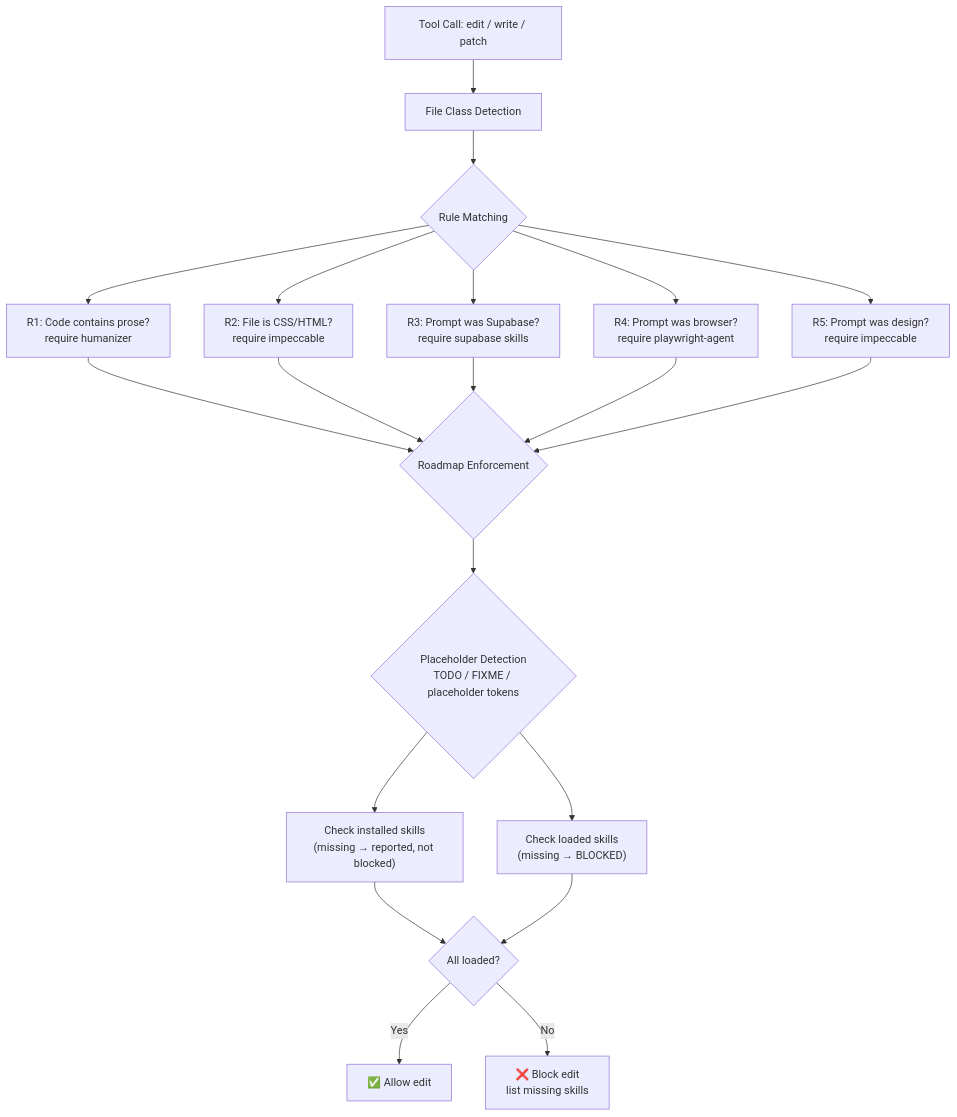
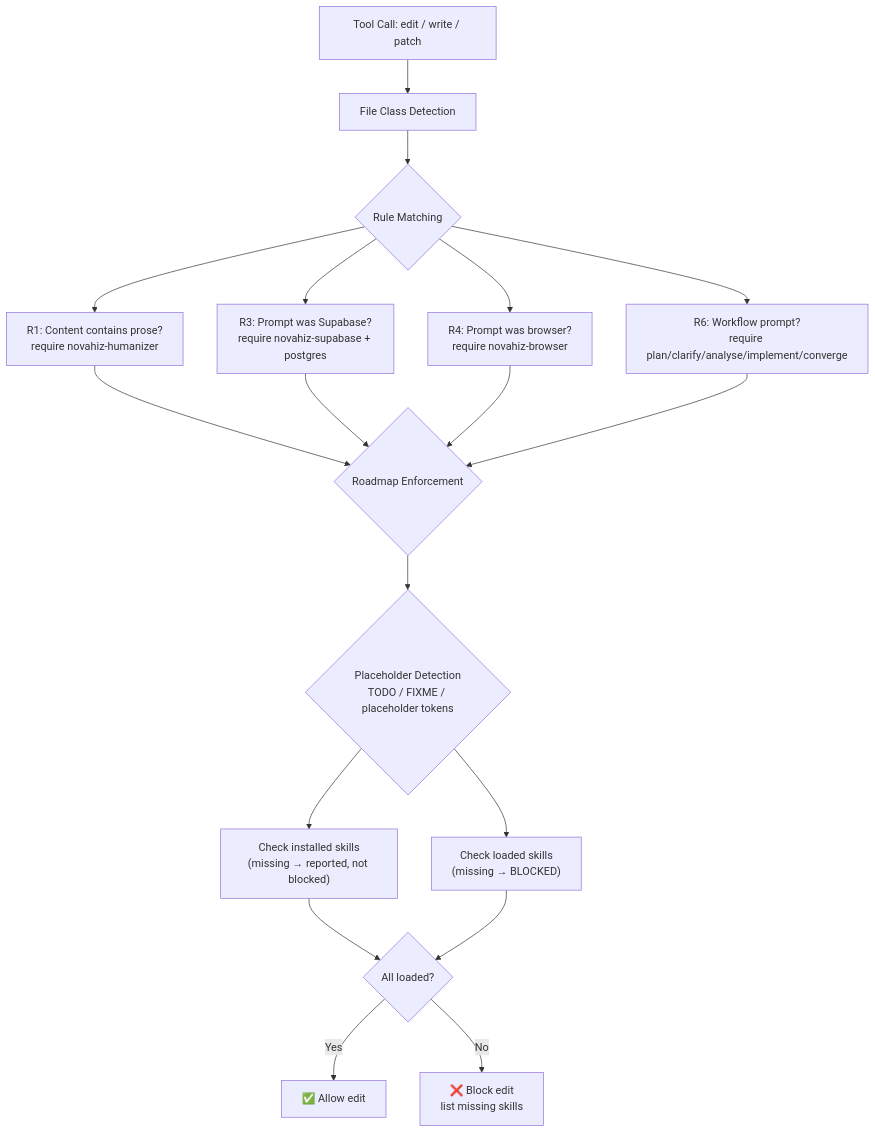
The second of 4 diagrams in README.md (novahiz/novahiz), drawn with Mermaid before and after one commit. The commit also changed other lines of this file and 709 other files, not shown here.

````diff
--- a/README.md
+++ b/README.md
@@ -119,28 +119,26 @@
 ```mermaid
 flowchart TD
     A[Tool Call: edit / write / patch] --> B[File Class Detection]
     B --> C{Rule Matching}
     
-    C --> D[R1: Code contains prose?<br/>require humanizer]
-    C --> E[R2: File is CSS/HTML?<br/>require impeccable]
-    C --> F[R3: Prompt was Supabase?<br/>require supabase skills]
-    C --> G[R4: Prompt was browser?<br/>require playwright-agent]
-    C --> H[R5: Prompt was design?<br/>require impeccable]
+    C --> D[R1: Content contains prose?<br/>require novahiz-humanizer]
+    C --> F[R3: Prompt was Supabase?<br/>require novahiz-supabase + postgres]
+    C --> G[R4: Prompt was browser?<br/>require novahiz-browser]
+    C --> H[R6: Workflow prompt?<br/>require plan/clarify/analyse/implement/converge]
     
     D --> I{Roadmap Enforcement}
-    E --> I
     F --> I
     G --> I
     H --> I
     
     I --> J{Placeholder Detection<br/>TODO / FIXME / placeholder tokens}
     
     J --> K["Check installed skills<br/>(missing → reported, not blocked)"]
     J --> L["Check loaded skills<br/>(missing → BLOCKED)"]
     
     K --> M{All loaded?}
     L --> M
     
     M -->|Yes| N[✅ Allow edit]
     M -->|No| O[❌ Block edit<br/>list missing skills]
 ```
````
